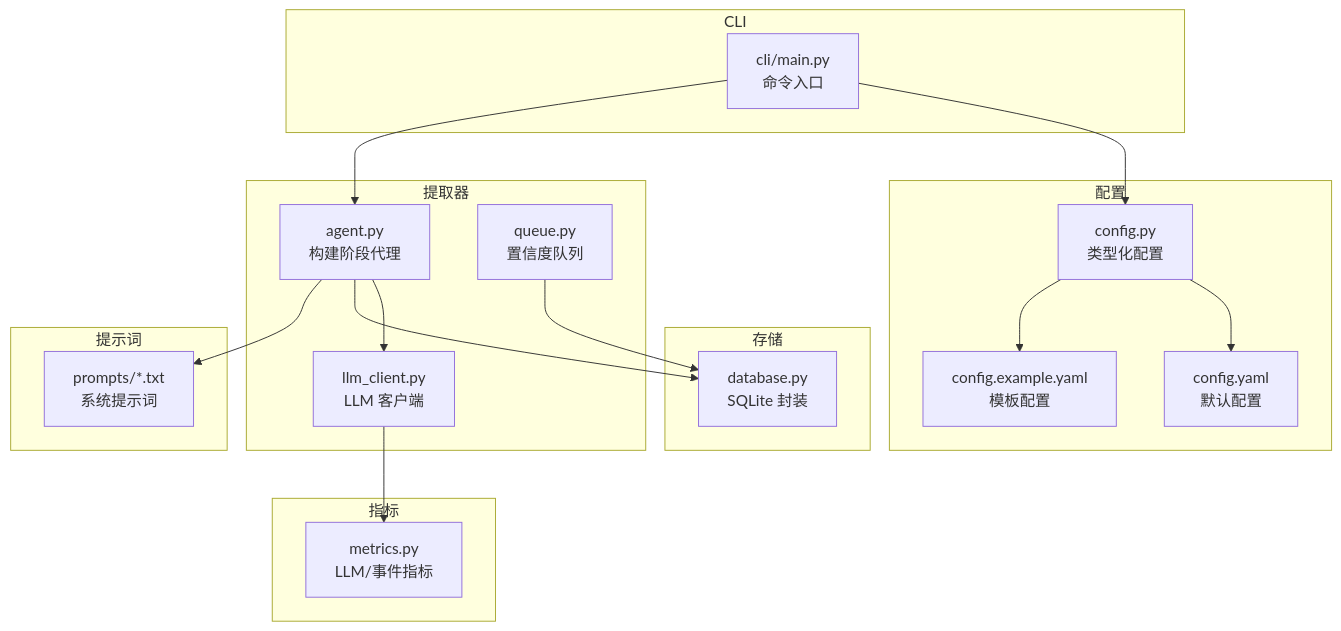
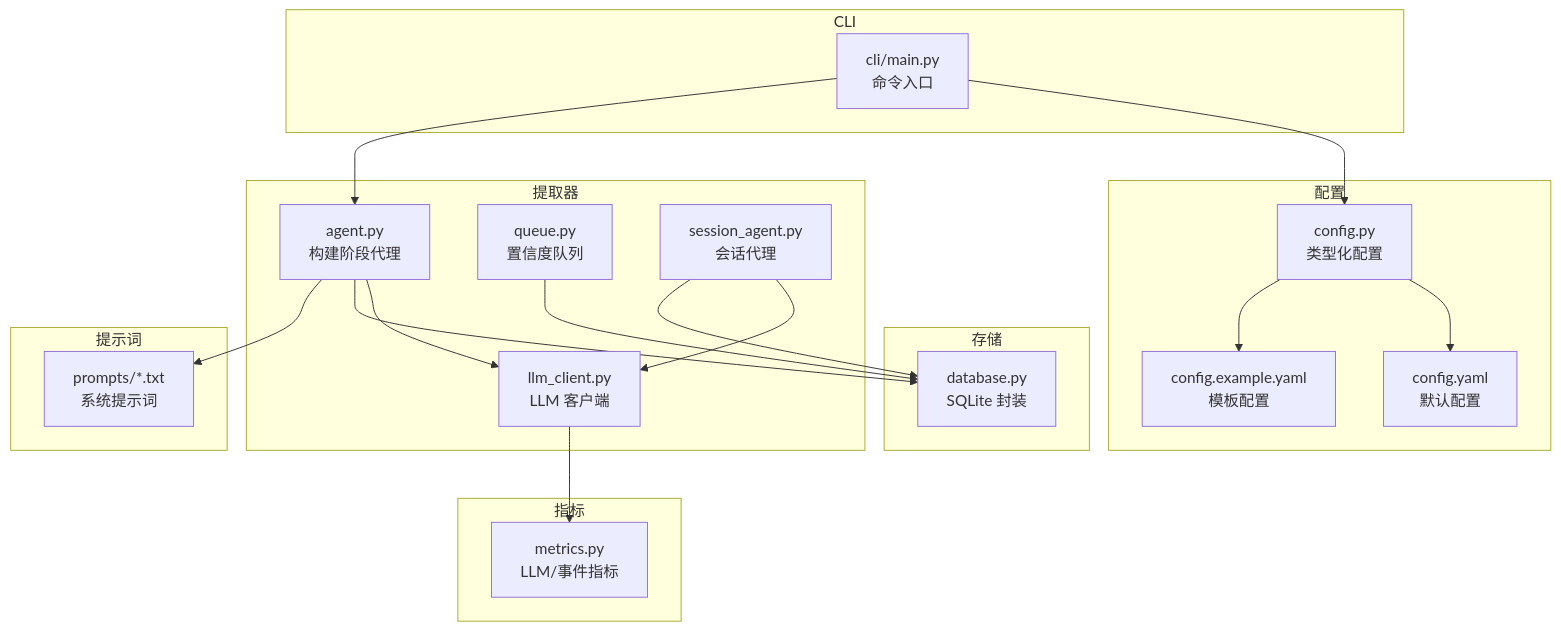
One commit to UynajGI/drbrain changed the first of 7 diagrams in .qoder/repowiki/zh/content/知识抽取系统/LLM 代理系统.md. Above: the diagram before and after it, drawn with Mermaid. The commit also changed other lines of this file and 6 other files, not shown here.

````diff
--- a/.qoder/repowiki/zh/content/知识抽取系统/LLM 代理系统.md
+++ b/.qoder/repowiki/zh/content/知识抽取系统/LLM 代理系统.md
@@ -42,34 +46,37 @@
 ```mermaid
 graph TB
 subgraph "提取器"
 A1["agent.py<br/>构建阶段代理"]
 A2["llm_client.py<br/>LLM 客户端"]
 A3["queue.py<br/>置信度队列"]
+A4["session_agent.py<br/>会话代理"]
 end
 subgraph "存储"
 S1["database.py<br/>SQLite 封装"]
 end
 subgraph "配置"
 C1["config.py<br/>类型化配置"]
 C2["config.yaml<br/>默认配置"]
 C3["config.example.yaml<br/>模板配置"]
 end
 subgraph "指标"
 M1["metrics.py<br/>LLM/事件指标"]
 end
 subgraph "CLI"
 L1["cli/main.py<br/>命令入口"]
 end
 subgraph "提示词"
 P1["prompts/*.txt<br/>系统提示词"]
 end
 L1 --> C1
 L1 --> A1
 A1 --> A2
 A2 --> M1
 A1 --> S1
 A3 --> S1
+A4 --> A2
+A4 --> S1
 C1 --> C2
 C1 --> C3
 A1 --> P1
 ```
````
